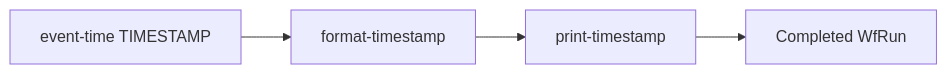
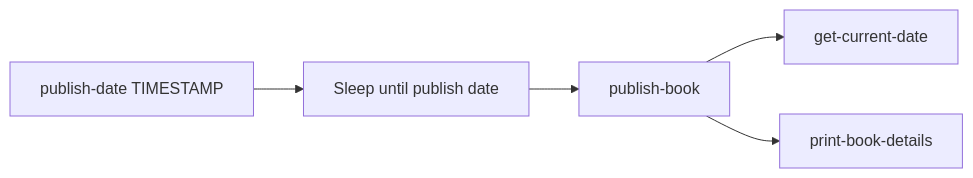
The diagram in examples/lh-server/java/20-timestamps/README.md (littlehorse-enterprises/lh-developer-hub), drawn with Mermaid before and after one commit. The commit also changed other lines of this file and 4 other files, not shown here.

````diff
--- a/examples/lh-server/java/20-timestamps/README.md
+++ b/examples/lh-server/java/20-timestamps/README.md
@@ -7,6 +7,7 @@
 ```mermaid
 flowchart LR
-    A[event-time TIMESTAMP] --> B[format-timestamp]
-    B --> C[print-timestamp]
-    C --> D[Completed WfRun]
+    A[publish-date TIMESTAMP] --> B[Sleep until publish date]
+    B --> C[publish-book]
+    C --> D[get-current-date]
+    C --> E[print-book-details]
 ```
````
